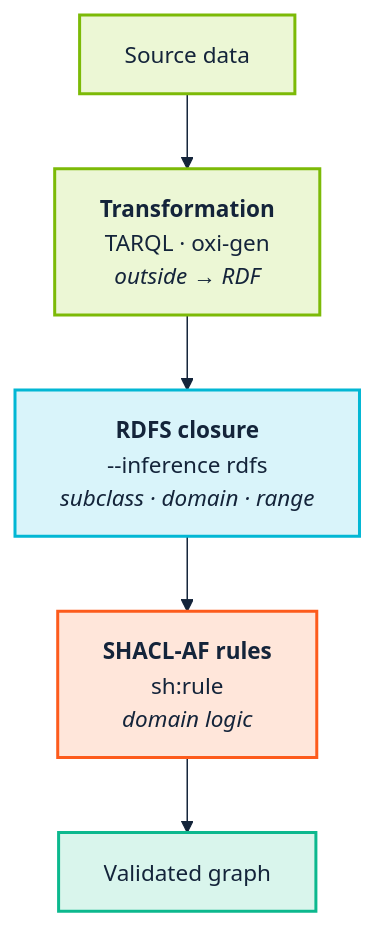
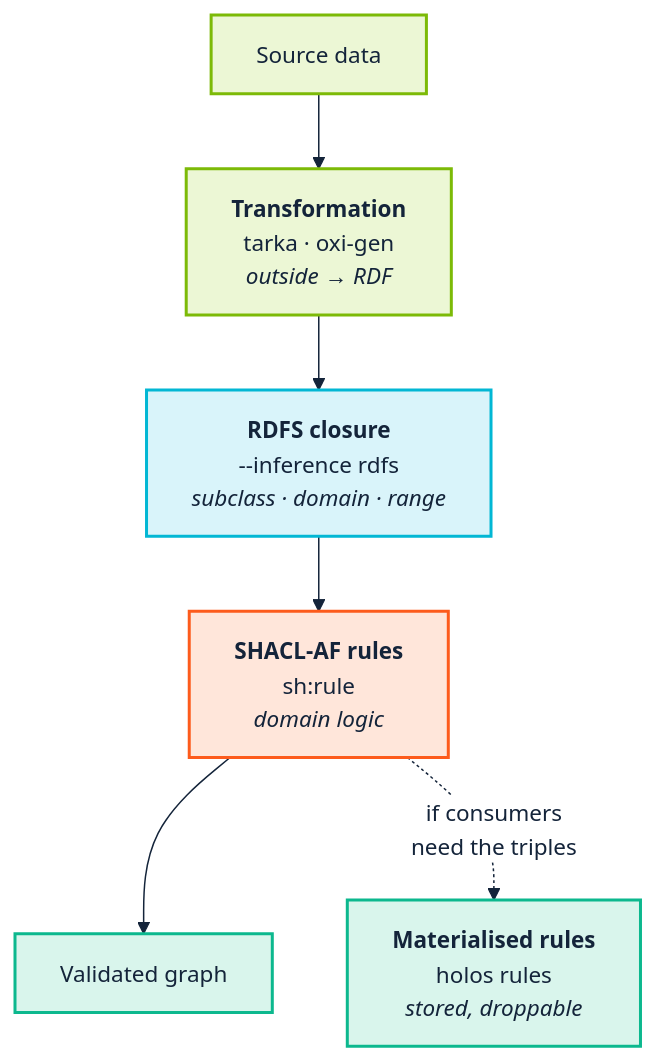
The diagram in docs/11-rules-and-inference.md (pwin/SemOpsManual), drawn with Mermaid before and after one commit. The commit also changed other lines of this file and 21 other files, not shown here.

````diff
--- a/docs/11-rules-and-inference.md
+++ b/docs/11-rules-and-inference.md
@@ -123,20 +190,22 @@
 ```mermaid
 %%{init: {'theme':'base','themeVariables':{
   'fontSize':'15px','fontFamily':'Segoe UI, Helvetica, Arial, sans-serif',
   'lineColor':'#14243A','primaryTextColor':'#14243A',
   'edgeLabelBackground':'#FFFFFF'}}}%%
 flowchart TD
     SRC["Source data"]
-    T["<b>Transformation</b><br/>TARQL · oxi-gen<br/><i>outside → RDF</i>"]
+    T["<b>Transformation</b><br/>tarka · oxi-gen<br/><i>outside → RDF</i>"]
     R["<b>RDFS closure</b><br/>--inference rdfs<br/><i>subclass · domain · range</i>"]
     A["<b>SHACL-AF rules</b><br/>sh:rule<br/><i>domain logic</i>"]
     G["Validated graph"]
+    M["<b>Materialised rules</b><br/>holos rules<br/><i>stored, droppable</i>"]
 
     SRC --> T --> R --> A --> G
+    A -.->|"if consumers<br/>need the triples"| M
 
     classDef data fill:#ECF7D5,stroke:#7CBA07,stroke-width:2px,color:#14243A;
     classDef ci fill:#D9F4FA,stroke:#02B7D4,stroke-width:2px,color:#14243A;
     classDef human fill:#FFE6DA,stroke:#FD5B1C,stroke-width:2px,color:#14243A;
     classDef ops fill:#D9F5EC,stroke:#0CB88E,stroke-width:2px,color:#14243A;
-    class SRC,T data; class R ci; class A human; class G ops;
+    class SRC,T data; class R ci; class A human; class G,M ops;
 ```
````
